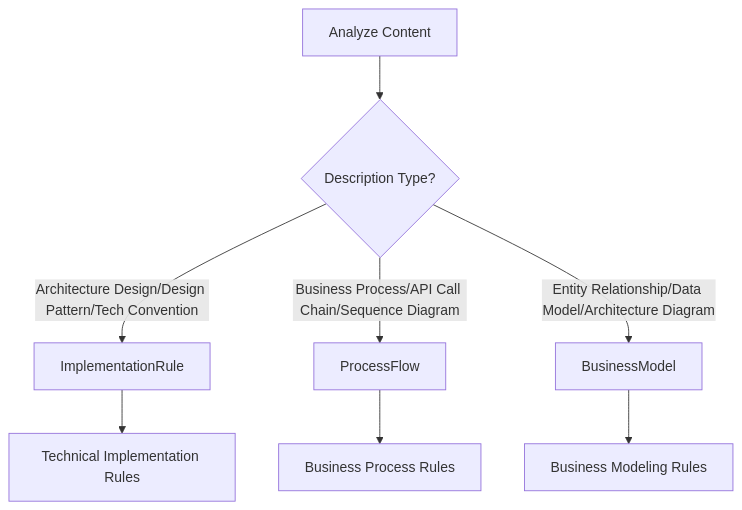
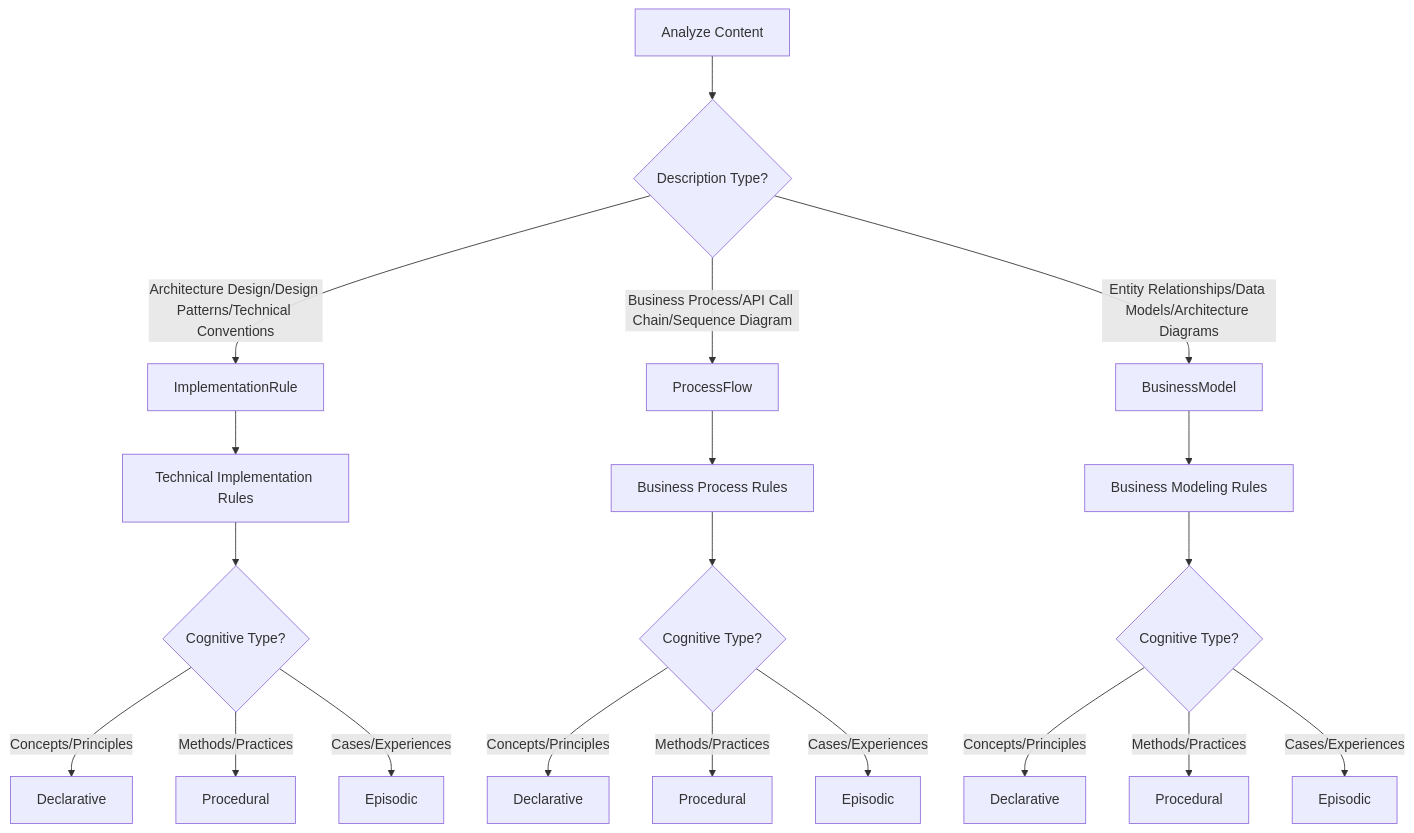
One commit to gszhangwei/structured-prompts-driven-development changed the first of 7 diagrams in memory/en/memory-mechanisms(WIP).md. Above: the diagram before and after it, drawn with Mermaid. The commit also changed other lines of this file, not shown here.

````diff
--- a/memory/en/memory-mechanisms(WIP).md
+++ b/memory/en/memory-mechanisms(WIP).md
@@ -51,11 +50,27 @@
 ```mermaid
 graph TD
-    A[Analyze Content] --> B{Description Type?}
-    B -->|Architecture Design/Design Pattern/Tech Convention| C[ImplementationRule]
-    B -->|Business Process/API Call Chain/Sequence Diagram| D[ProcessFlow]
-    B -->|Entity Relationship/Data Model/Architecture Diagram| E[BusinessModel]
-    
-    C --> F[Technical Implementation Rules]
-    D --> G[Business Process Rules]
-    E --> H[Business Modeling Rules]
+A[Analyze Content] --> B{Description Type?}
+B -->|Architecture Design/Design Patterns/Technical Conventions| C[ImplementationRule]
+B -->|Business Process/API Call Chain/Sequence Diagram| D[ProcessFlow]
+B -->|Entity Relationships/Data Models/Architecture Diagrams| E[BusinessModel]
+
+C --> F[Technical Implementation Rules]
+D --> G[Business Process Rules]
+E --> H[Business Modeling Rules]
+
+F --> I{Cognitive Type?}
+G --> J{Cognitive Type?}
+H --> K{Cognitive Type?}
+
+I -->|Concepts/Principles| L[Declarative]
+I -->|Methods/Practices| M[Procedural]
+I -->|Cases/Experiences| N[Episodic]
+
+J -->|Concepts/Principles| O[Declarative]
+J -->|Methods/Practices| P[Procedural]
+J -->|Cases/Experiences| Q[Episodic]
+
+K -->|Concepts/Principles| R[Declarative]
+K -->|Methods/Practices| S[Procedural]
+K -->|Cases/Experiences| T[Episodic]
 ```
````
